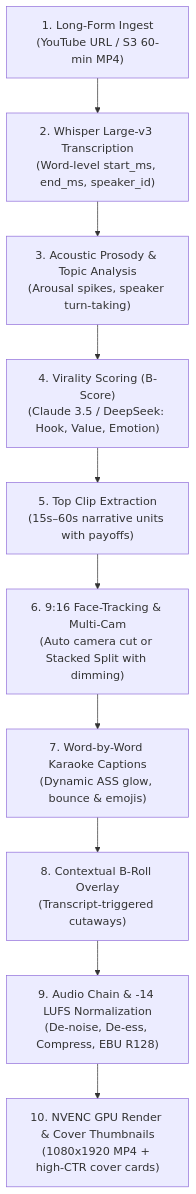
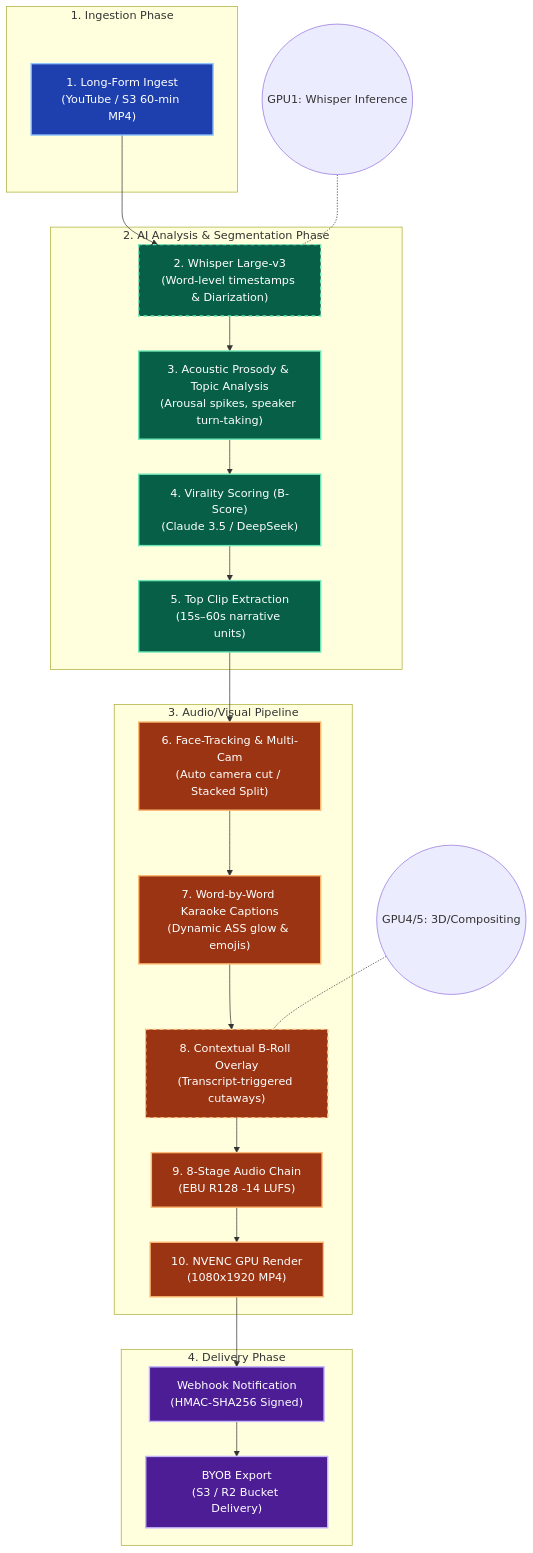
The diagram in recipes/podcast-to-clips.md (fotohubapp/docs), drawn with Mermaid before and after one commit. The commit also changed other lines of this file and 61 other files, not shown here.

````diff
--- a/recipes/podcast-to-clips.md
+++ b/recipes/podcast-to-clips.md
@@ -11,12 +17,53 @@
 ```mermaid
 flowchart TD
-    A["1. Long-Form Ingest<br/>(YouTube URL / S3 60-min MP4)"] --> B["2. Whisper Large-v3 Transcription<br/>(Word-level start_ms, end_ms, speaker_id)"]
-    B --> C["3. Acoustic Prosody & Topic Analysis<br/>(Arousal spikes, speaker turn-taking)"]
-    C --> D["4. Virality Scoring (B-Score)<br/>(Claude 3.5 / DeepSeek: Hook, Value, Emotion)"]
-    D --> E["5. Top Clip Extraction<br/>(15s–60s narrative units with payoffs)"]
-    E --> F["6. 9:16 Face-Tracking & Multi-Cam<br/>(Auto camera cut or Stacked Split with dimming)"]
-    F --> G["7. Word-by-Word Karaoke Captions<br/>(Dynamic ASS glow, bounce & emojis)"]
-    G --> H["8. Contextual B-Roll Overlay<br/>(Transcript-triggered cutaways)"]
-    H --> I["9. Audio Chain & -14 LUFS Normalization<br/>(De-noise, De-ess, Compress, EBU R128)"]
-    I --> J["10. NVENC GPU Render & Cover Thumbnails<br/>(1080x1920 MP4 + high-CTR cover cards)"]
+    %% Define styles
+    classDef ingest fill:#1e40af,stroke:#93c5fd,stroke-width:2px,color:#fff;
+    classDef ai fill:#065f46,stroke:#6ee7b7,stroke-width:2px,color:#fff;
+    classDef av fill:#9a3412,stroke:#fdba74,stroke-width:2px,color:#fff;
+    classDef export fill:#4c1d95,stroke:#c4b5fd,stroke-width:2px,color:#fff;
+
+    subgraph "1. Ingestion Phase"
+        A["1. Long-Form Ingest<br/>(YouTube / S3 60-min MP4)"]:::ingest
+    end
+
+    subgraph "2. AI Analysis & Segmentation Phase"
+        B["2. Whisper Large-v3<br/>(Word-level timestamps & Diarization)"]:::ai
+        C["3. Acoustic Prosody & Topic Analysis<br/>(Arousal spikes, speaker turn-taking)"]:::ai
+        D["4. Virality Scoring (B-Score)<br/>(Claude 3.5 / DeepSeek)"]:::ai
+        E["5. Top Clip Extraction<br/>(15s–60s narrative units)"]:::ai
+        
+        B --> C
+        C --> D
+        D --> E
+    end
+
+    subgraph "3. Audio/Visual Pipeline"
+        F["6. Face-Tracking & Multi-Cam<br/>(Auto camera cut / Stacked Split)"]:::av
+        G["7. Word-by-Word Karaoke Captions<br/>(Dynamic ASS glow & emojis)"]:::av
+        H["8. Contextual B-Roll Overlay<br/>(Transcript-triggered cutaways)"]:::av
+        I["9. 8-Stage Audio Chain<br/>(EBU R128 -14 LUFS)"]:::av
+        J["10. NVENC GPU Render<br/>(1080x1920 MP4)"]:::av
+        
+        F --> G
+        G --> H
+        H --> I
+        I --> J
+    end
+    
+    subgraph "4. Delivery Phase"
+        K["Webhook Notification<br/>(HMAC-SHA256 Signed)"]:::export
+        L["BYOB Export<br/>(S3 / R2 Bucket Delivery)"]:::export
+        
+        J --> K
+        K --> L
+    end
+
+    A --> B
+    E --> F
+
+    %% GPU Affinity Notes
+    style B stroke-dasharray: 5 5
+    note1((GPU1: Whisper Inference)) -.- B
+    style H stroke-dasharray: 5 5
+    note2((GPU4/5: 3D/Compositing)) -.- H
 ```
````
